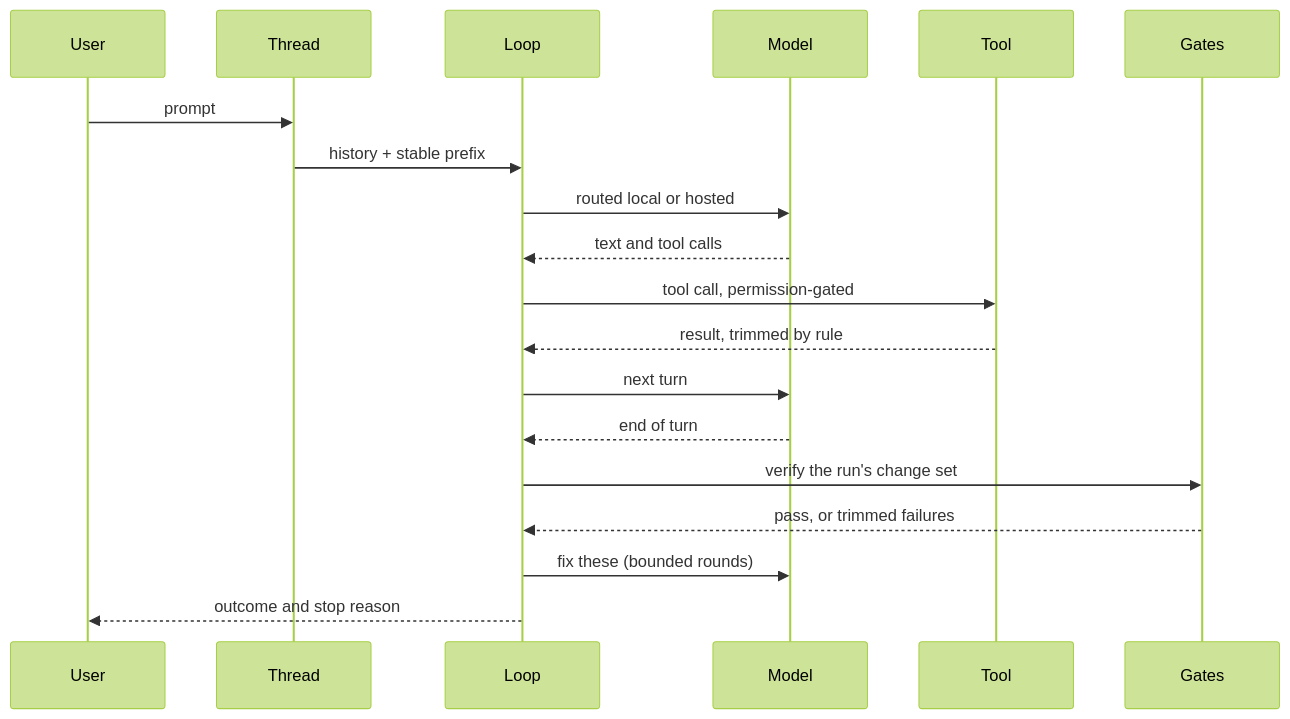
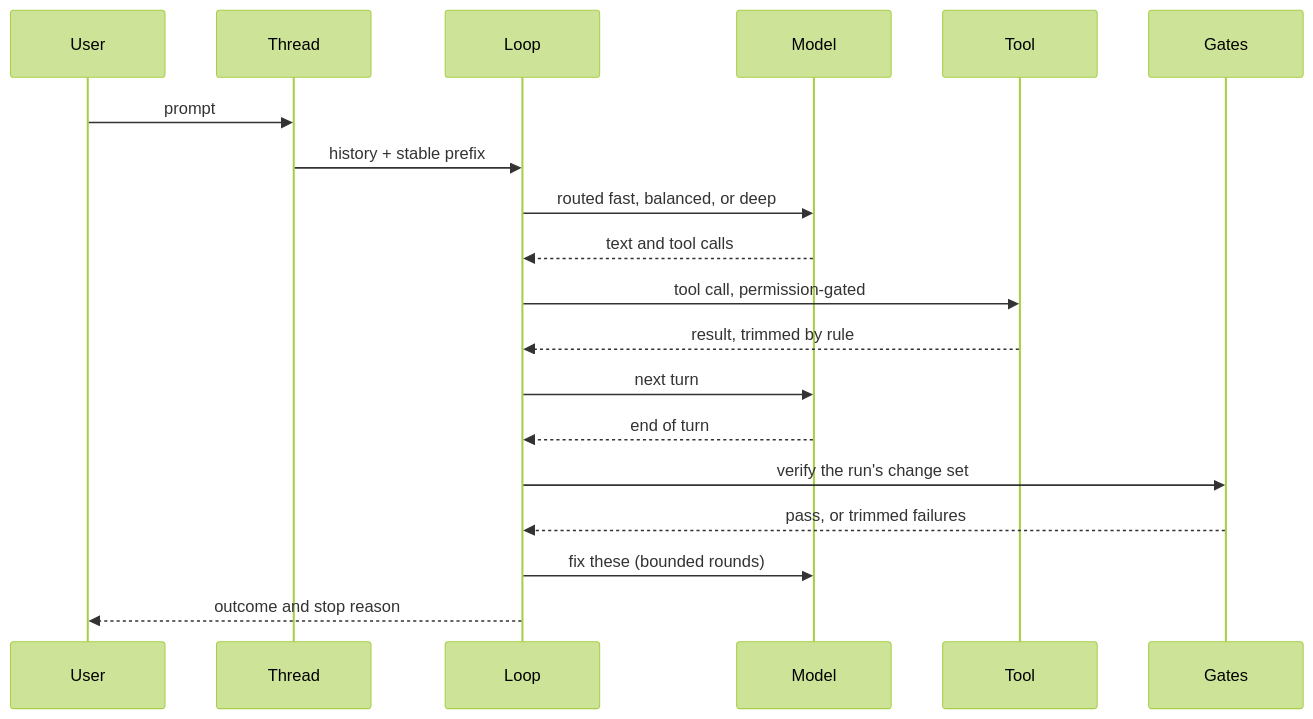
One commit to KyleKing/wavez changed the first of 3 diagrams in docs/glossary.md. Above: the diagram before and after it, drawn with Mermaid (forest theme). The commit also changed 42 other files, not shown here.

Commit message:
feat(router): route turns across fast, balanced, and deep tiers

````diff
--- a/docs/glossary.md
+++ b/docs/glossary.md
@@ -37,21 +37,21 @@
 ```mermaid
 sequenceDiagram
     participant U as User
     participant T as Thread
     participant L as Loop
     participant M as Model
     participant X as Tool
     participant G as Gates
     U->>T: prompt
     T->>L: history + stable prefix
-    L->>M: routed local or hosted
+    L->>M: routed fast, balanced, or deep
     M-->>L: text and tool calls
     L->>X: tool call, permission-gated
     X-->>L: result, trimmed by rule
     L->>M: next turn
     M-->>L: end of turn
     L->>G: verify the run's change set
     G-->>L: pass, or trimmed failures
     L->>M: fix these (bounded rounds)
     L-->>U: outcome and stop reason
 ```
````
